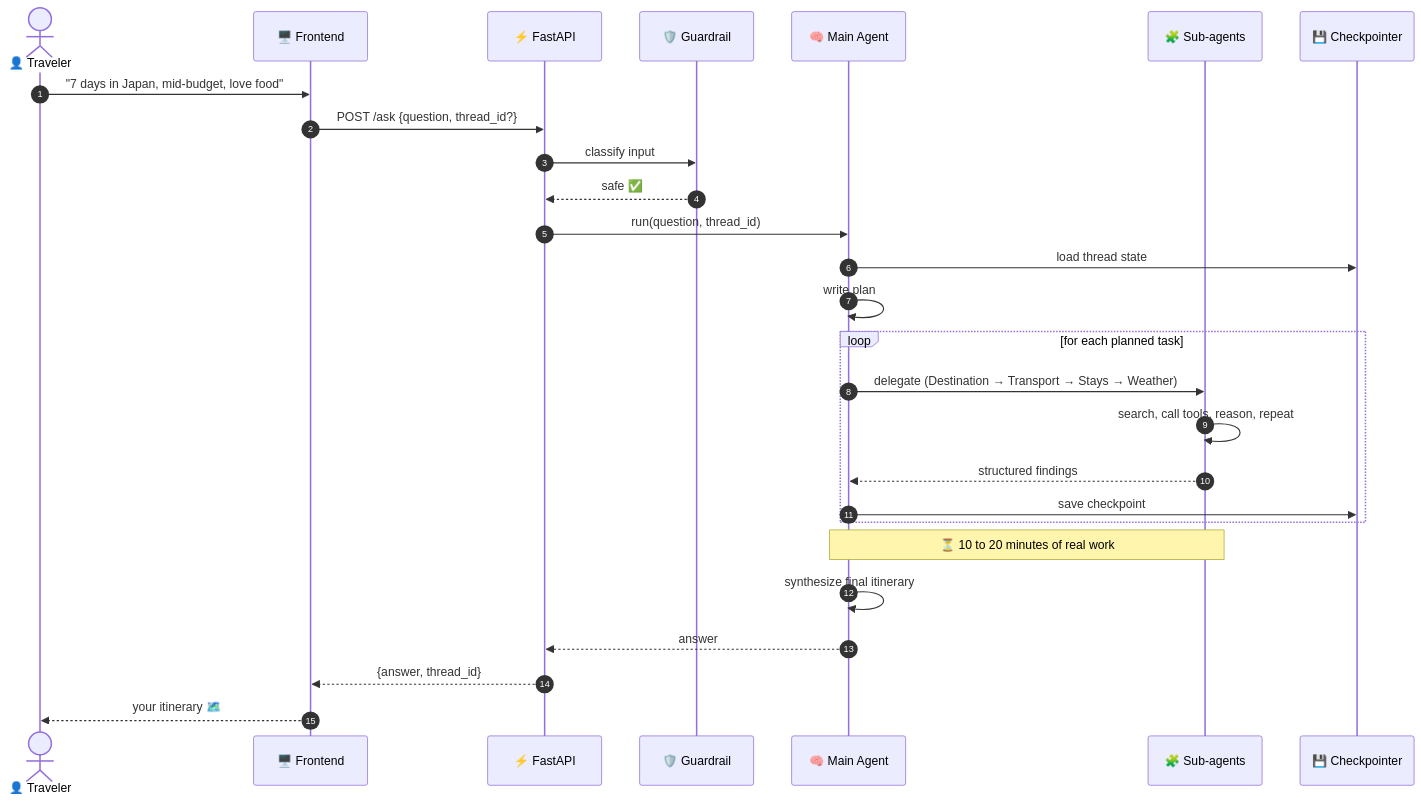
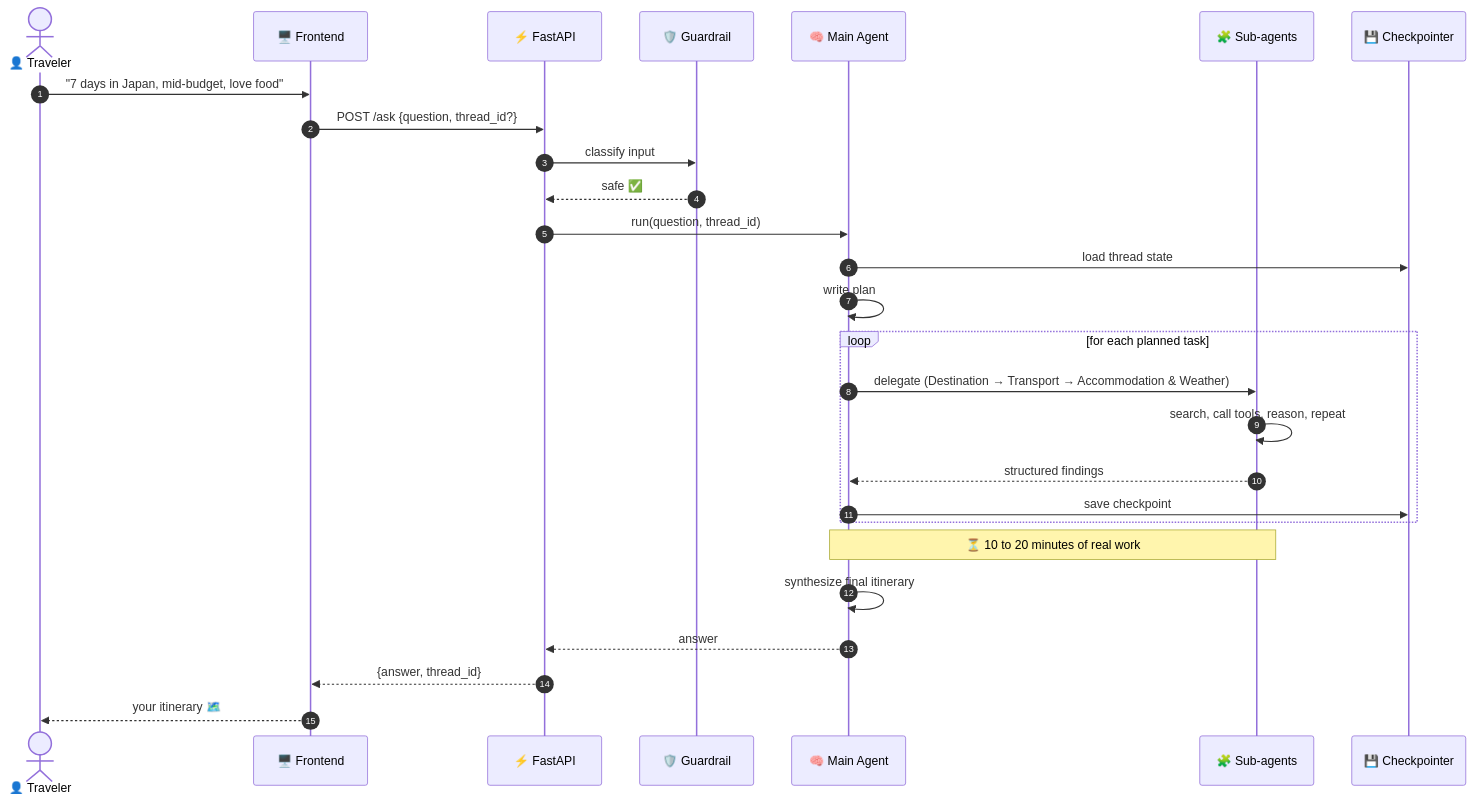
Before and after one commit to yadavnitesh86/Waynora: the fourth of 6 diagrams in README.md, drawn with Mermaid. The commit also changed other lines of this file, not shown here.

````diff
--- a/README.md
+++ b/README.md
@@ -159,30 +158,30 @@
 ```mermaid
 sequenceDiagram
     autonumber
     actor You as 👤 Traveler
     participant FE as 🖥️ Frontend
     participant API as ⚡ FastAPI
     participant GR as 🛡️ Guardrail
     participant MA as 🧠 Main Agent
     participant SA as 🧩 Sub-agents
     participant DB as 💾 Checkpointer
 
     You->>FE: "7 days in Japan, mid-budget, love food"
     FE->>API: POST /ask {question, thread_id?}
     API->>GR: classify input
     GR-->>API: safe ✅
     API->>MA: run(question, thread_id)
     MA->>DB: load thread state
     MA->>MA: write plan
     loop for each planned task
-        MA->>SA: delegate (Destination → Transport → Stays → Weather)
+        MA->>SA: delegate (Destination → Transport → Accommodation & Weather)
         SA->>SA: search, call tools, reason, repeat
         SA-->>MA: structured findings
         MA->>DB: save checkpoint
     end
     Note over MA,SA: ⏳ 10 to 20 minutes of real work
     MA->>MA: synthesize final itinerary
     MA-->>API: answer
     API-->>FE: {answer, thread_id}
     FE-->>You: your itinerary 🗺️
 ```
````
